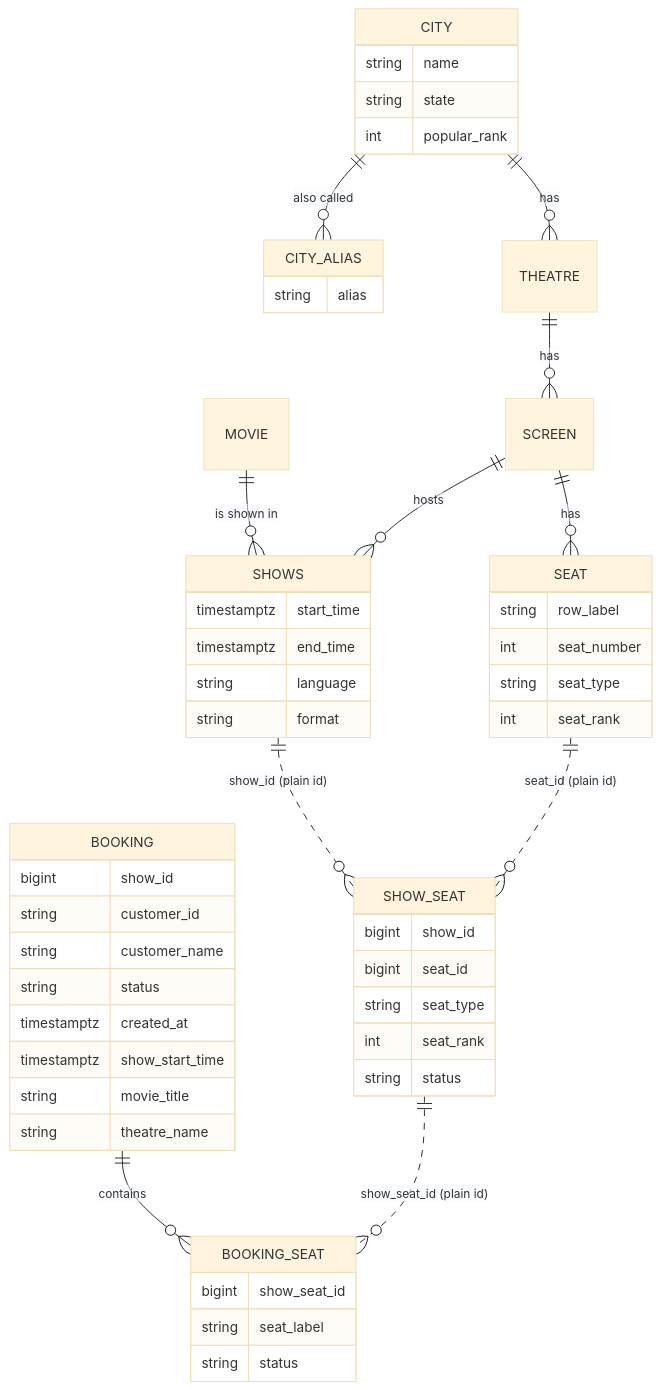
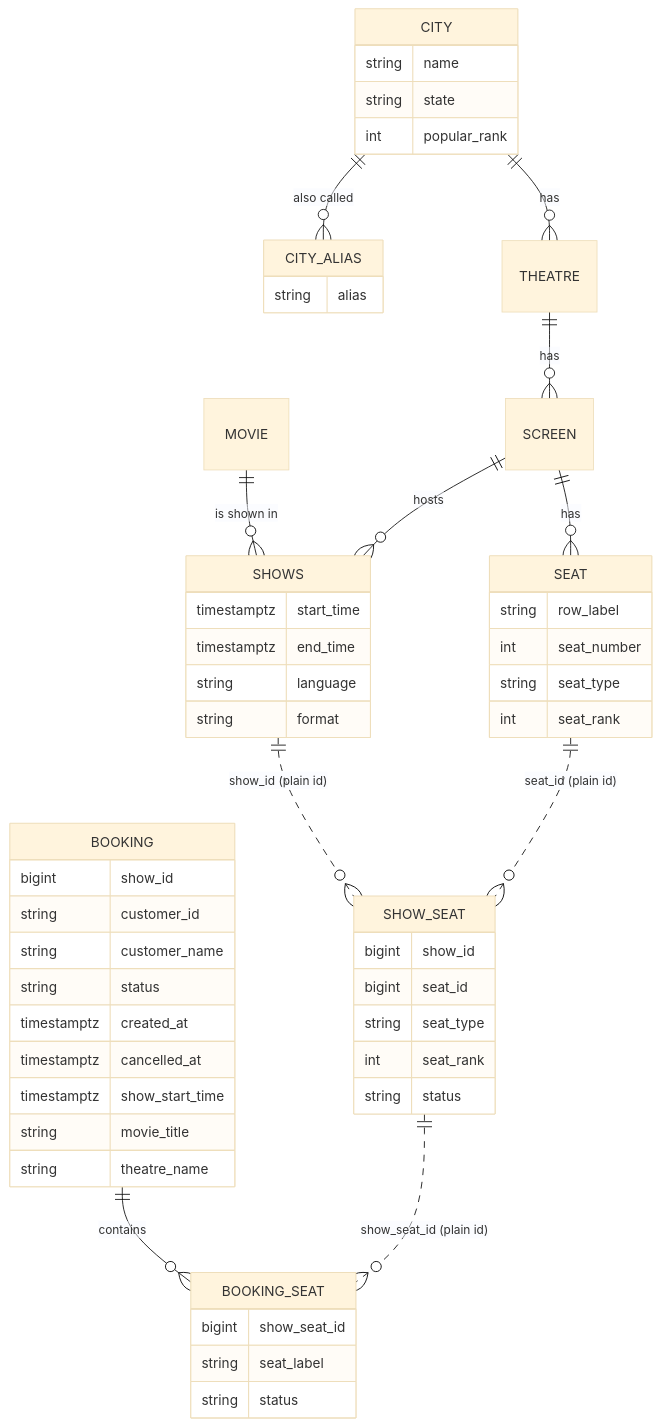
The third of 3 diagrams in README.md (GopiSVDev/seat-lock), drawn with Mermaid (base theme) before and after one commit. The commit also changed other lines of this file and 20 other files, not shown here.

````diff
--- a/README.md
+++ b/README.md
@@ -253,56 +265,57 @@
 ```mermaid
 erDiagram
     CITY ||--o{ CITY_ALIAS : "also called"
     CITY ||--o{ THEATRE : has
     THEATRE ||--o{ SCREEN : has
     SCREEN ||--o{ SEAT : has
     MOVIE ||--o{ SHOWS : "is shown in"
     SCREEN ||--o{ SHOWS : hosts
     SHOWS ||..o{ SHOW_SEAT : "show_id (plain id)"
     SEAT ||..o{ SHOW_SEAT : "seat_id (plain id)"
     BOOKING ||--o{ BOOKING_SEAT : contains
     SHOW_SEAT ||..o{ BOOKING_SEAT : "show_seat_id (plain id)"
 
     CITY {
         string name
         string state
         int popular_rank
     }
     CITY_ALIAS {
         string alias
     }
     SEAT {
         string row_label
         int seat_number
         string seat_type
         int seat_rank
     }
     SHOWS {
         timestamptz start_time
         timestamptz end_time
         string language
         string format
     }
     SHOW_SEAT {
         bigint show_id
         bigint seat_id
         string seat_type
         int seat_rank
         string status
     }
     BOOKING {
         bigint show_id
         string customer_id
         string customer_name
         string status
         timestamptz created_at
+        timestamptz cancelled_at
         timestamptz show_start_time
         string movie_title
         string theatre_name
     }
     BOOKING_SEAT {
         bigint show_seat_id
         string seat_label
         string status
     }
 ```
````
